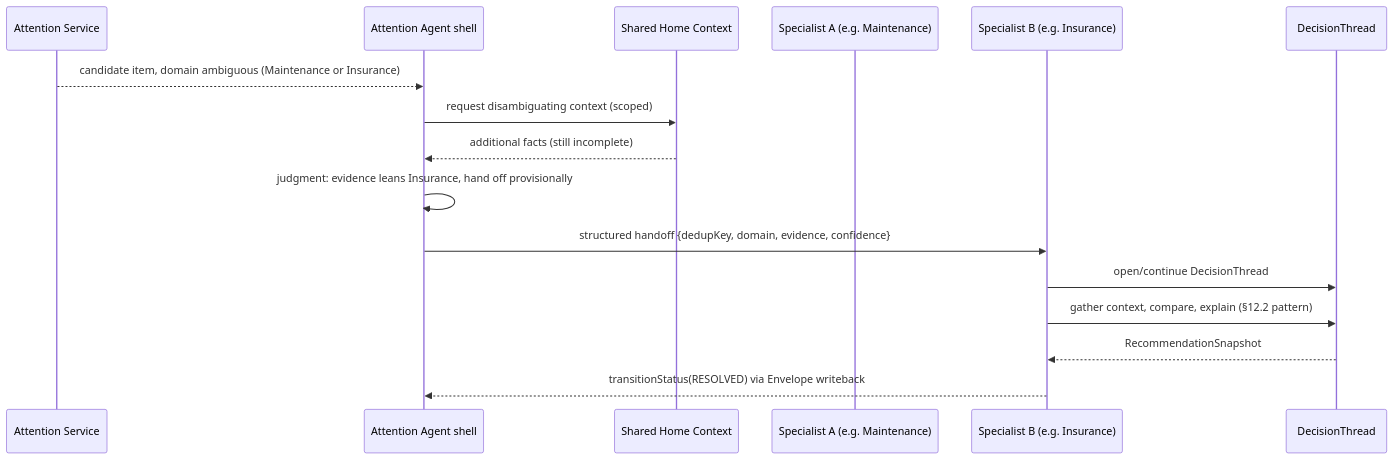
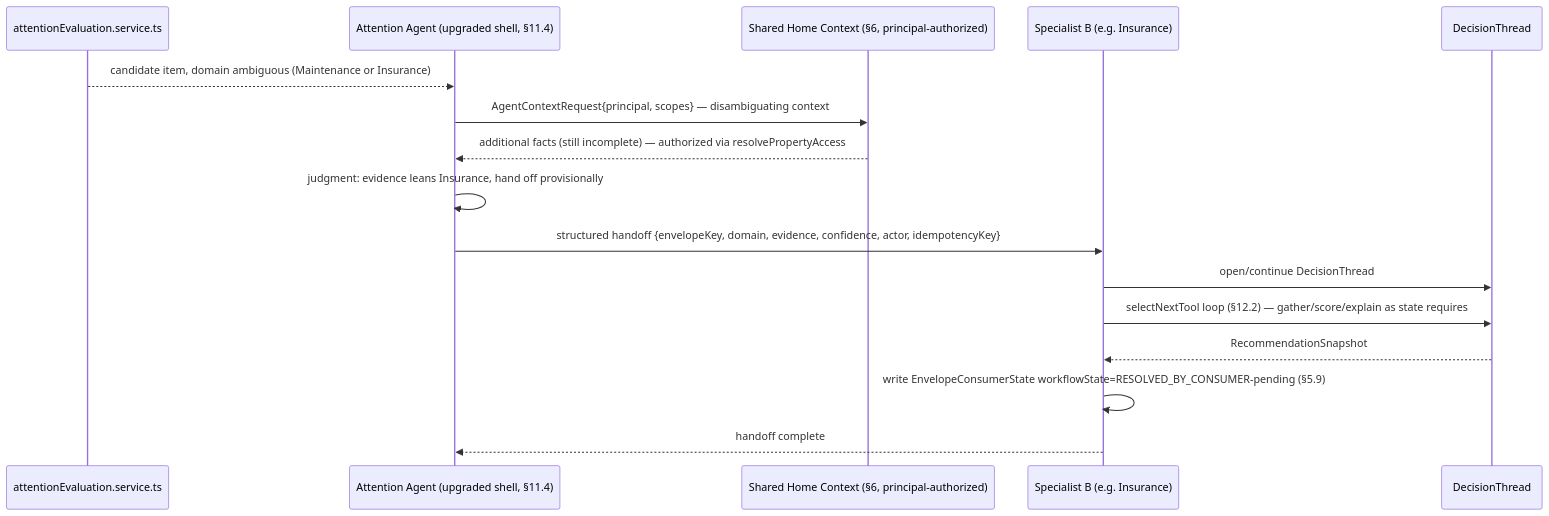
The seventh of 10 diagrams in docs/architecture/C2C_INTELLIGENCE_AGENTIC_EVOLUTION_ARCHITECTURE.md (madhuboyin/contract-to-cozy1), drawn with Mermaid before and after one commit. The commit also changed other lines of this file, not shown here.

````diff
--- a/docs/architecture/C2C_INTELLIGENCE_AGENTIC_EVOLUTION_ARCHITECTURE.md
+++ b/docs/architecture/C2C_INTELLIGENCE_AGENTIC_EVOLUTION_ARCHITECTURE.md
@@ -972,19 +1186,19 @@
 ```mermaid
 sequenceDiagram
-  participant AttSvc as Attention Service
-  participant Att as Attention Agent shell
-  participant Ctx as Shared Home Context
-  participant SpecA as Specialist A (e.g. Maintenance)
+  participant AttSvc as attentionEvaluation.service.ts
+  participant Att as Attention Agent (upgraded shell, §11.4)
+  participant Ctx as Shared Home Context (§6, principal-authorized)
   participant SpecB as Specialist B (e.g. Insurance)
   participant Thread as DecisionThread
 
   AttSvc-->>Att: candidate item, domain ambiguous (Maintenance or Insurance)
-  Att->>Ctx: request disambiguating context (scoped)
-  Ctx-->>Att: additional facts (still incomplete)
+  Att->>Ctx: AgentContextRequest{principal, scopes} — disambiguating context
+  Ctx-->>Att: additional facts (still incomplete) — authorized via resolvePropertyAccess
   Att->>Att: judgment: evidence leans Insurance, hand off provisionally
-  Att->>SpecB: structured handoff {dedupKey, domain, evidence, confidence}
+  Att->>SpecB: structured handoff {envelopeKey, domain, evidence, confidence, actor, idempotencyKey}
   SpecB->>Thread: open/continue DecisionThread
-  SpecB->>Thread: gather context, compare, explain (§12.2 pattern)
+  SpecB->>Thread: selectNextTool loop (§12.2) — gather/score/explain as state requires
   Thread-->>SpecB: RecommendationSnapshot
-  SpecB-->>Att: transitionStatus(RESOLVED) via Envelope writeback
+  SpecB->>SpecB: write EnvelopeConsumerState workflowState=RESOLVED_BY_CONSUMER-pending (§5.9)
+  SpecB-->>Att: handoff complete
 ```
````
